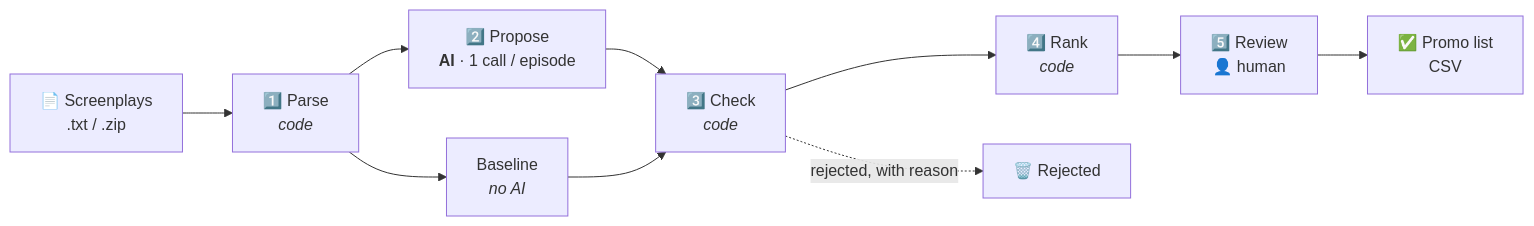
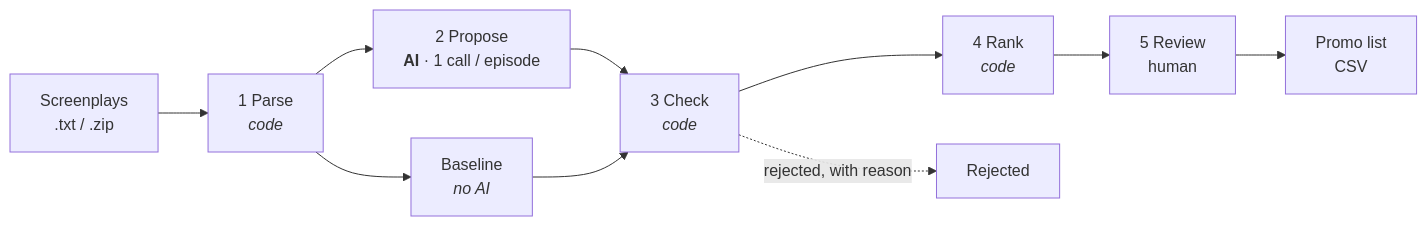
Before and after one commit to Arnavdsp/kuku-promo-finder: the first of 5 diagrams in README.md, drawn with Mermaid. The commit also changed other lines of this file and 1 other file, not shown here.

````diff
--- a/README.md
+++ b/README.md
@@ -31,11 +31,11 @@
 ```mermaid
 flowchart LR
-    A["📄 Screenplays<br/>.txt / .zip"] --> B["1️⃣ Parse<br/><i>code</i>"]
-    B --> C["2️⃣ Propose<br/><b>AI</b> · 1 call / episode"]
-    C --> D["3️⃣ Check<br/><i>code</i>"]
-    D --> E["4️⃣ Rank<br/><i>code</i>"]
-    E --> F["5️⃣ Review<br/>👤 human"]
-    F --> G["✅ Promo list<br/>CSV"]
-    D -. rejected, with reason .-> R["🗑️ Rejected"]
+    A["Screenplays<br/>.txt / .zip"] --> B["1 Parse<br/><i>code</i>"]
+    B --> C["2 Propose<br/><b>AI</b> · 1 call / episode"]
+    C --> D["3 Check<br/><i>code</i>"]
+    D --> E["4 Rank<br/><i>code</i>"]
+    E --> F["5 Review<br/> human"]
+    F --> G["Promo list<br/>CSV"]
+    D -. rejected, with reason .-> R["Rejected"]
     B --> H["Baseline<br/><i>no AI</i>"] --> D
 ```
````
